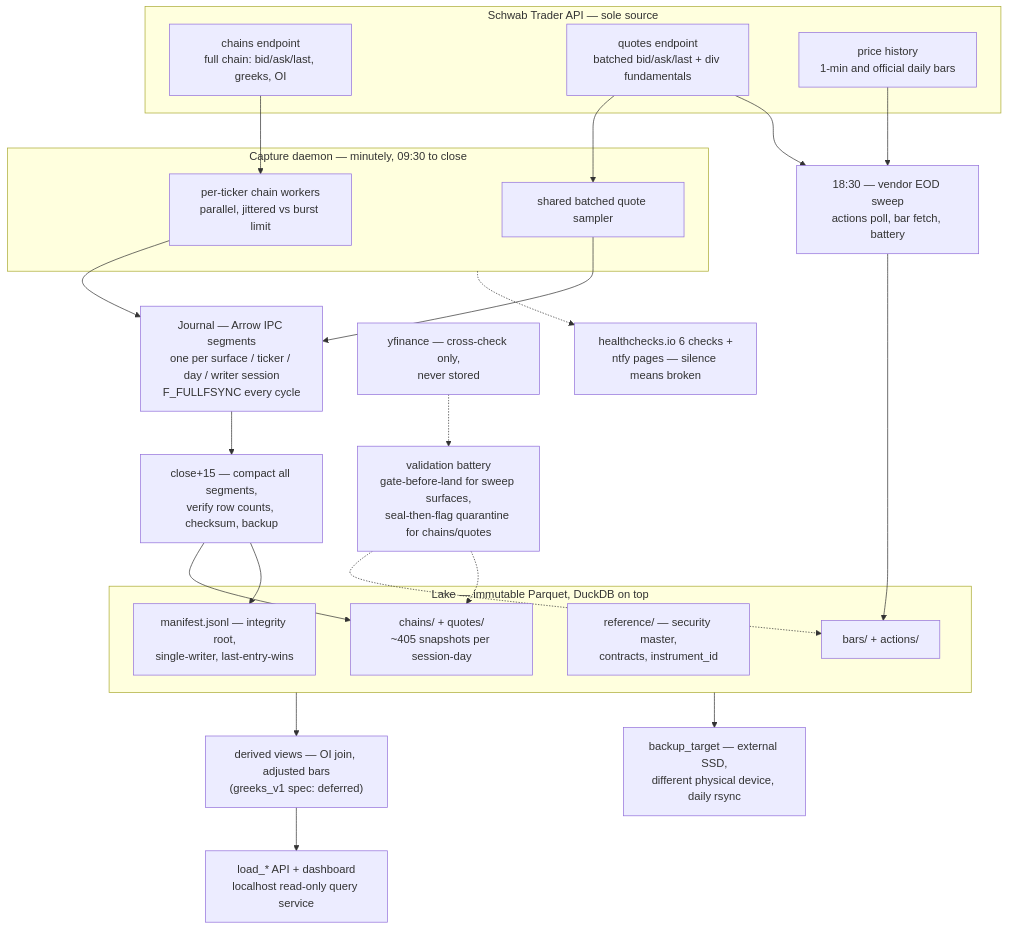
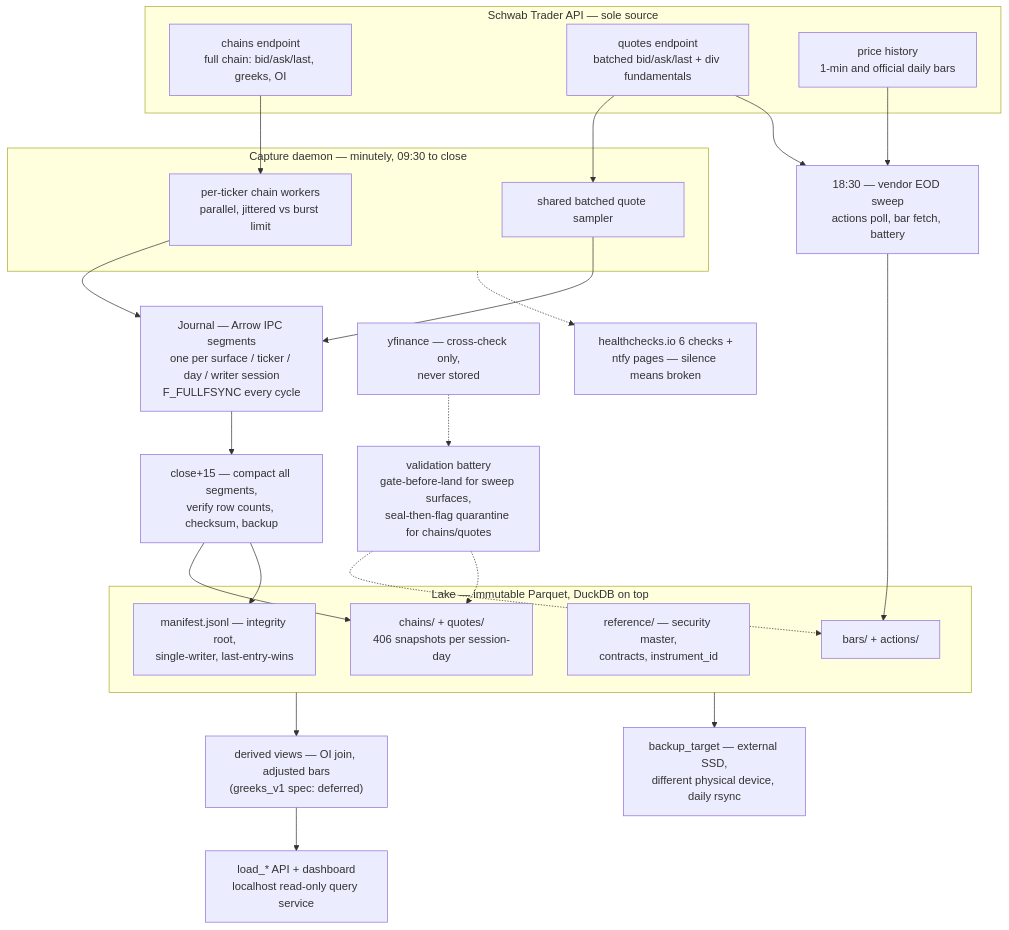
The diagram in docs/design.md (l3a0/marketlake), drawn with Mermaid before and after one commit. The commit also changed other lines of this file and 18 other files, not shown here.

````diff
--- a/docs/design.md
+++ b/docs/design.md
@@ -40,50 +40,50 @@
 ```mermaid
 flowchart TB
   subgraph SCHWAB["Schwab Trader API — sole source"]
     CH["chains endpoint<br/>full chain: bid/ask/last, greeks, OI"]
     QT["quotes endpoint<br/>batched bid/ask/last + div fundamentals"]
     PH["price history<br/>1-min and official daily bars"]
   end
 
   subgraph CAP["Capture daemon — minutely, 09:30 to close"]
     W["per-ticker chain workers<br/>parallel, jittered vs burst limit"]
     QS["shared batched quote sampler"]
   end
 
   J["Journal — Arrow IPC segments<br/>one per surface / ticker / day / writer session<br/>F_FULLFSYNC every cycle"]
 
   CMP["close+15 — compact all segments,<br/>verify row counts, checksum, backup"]
   SWP["18:30 — vendor EOD sweep<br/>actions poll, bar fetch, battery"]
 
   subgraph LAKE["Lake — immutable Parquet, DuckDB on top"]
-    CP["chains/ + quotes/<br/>~405 snapshots per session-day"]
+    CP["chains/ + quotes/<br/>406 snapshots per session-day"]
     BP["bars/ + actions/"]
     RP["reference/ — security master,<br/>contracts, instrument_id"]
     MF["manifest.jsonl — integrity root,<br/>single-writer, last-entry-wins"]
   end
 
   BAT["validation battery<br/>gate-before-land for sweep surfaces,<br/>seal-then-flag quarantine for chains/quotes"]
   YF["yfinance — cross-check only,<br/>never stored"]
   BK["backup_target — external SSD,<br/>different physical device, daily rsync"]
   DV["derived views — OI join, adjusted bars<br/>(greeks_v1 spec: deferred)"]
   RD["load_* API + dashboard<br/>localhost read-only query service"]
   MON["healthchecks.io 6 checks +<br/>ntfy pages — silence means broken"]
 
   CH --> W
   QT --> QS
   W --> J
   QS --> J
   J --> CMP
   CMP --> CP
   CMP --> MF
   PH --> SWP
   QT --> SWP
   SWP --> BP
   YF -.-> BAT
   BAT -.-> BP
   BAT -.-> CP
   LAKE --> DV
   DV --> RD
   LAKE --> BK
   CAP -.-> MON
 ```
````
